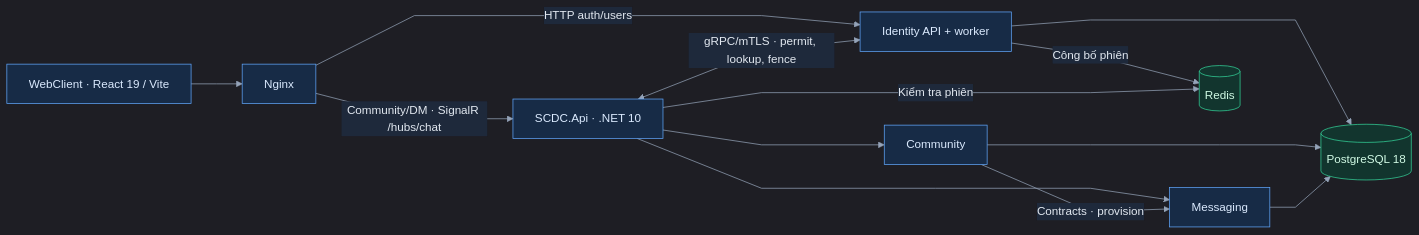
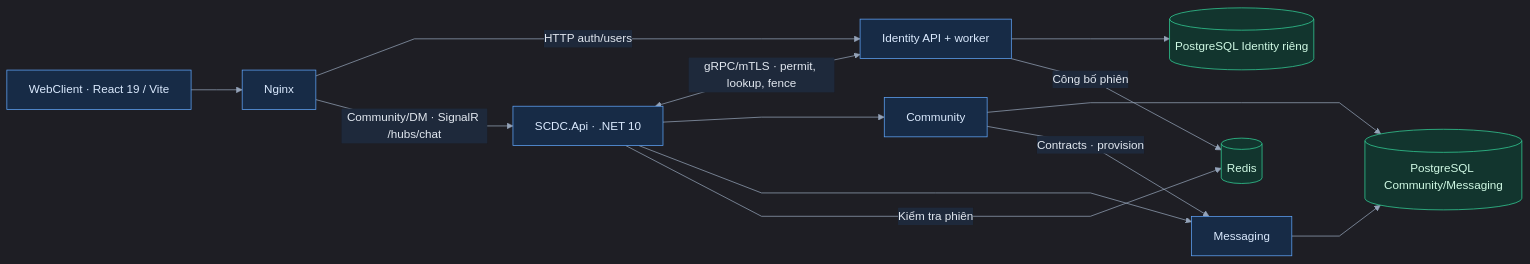
One commit to Chyeonma/scdc changed the first of 3 diagrams in docs/system/architecture.md. Above: the diagram before and after it, drawn with Mermaid. The commit also changed other lines of this file and 43 other files, not shown here.

````diff
--- a/docs/system/architecture.md
+++ b/docs/system/architecture.md
@@ -21,20 +21,20 @@
 ```mermaid
 %%{init: {"flowchart": {"curve": "linear", "nodeSpacing": 45, "rankSpacing": 70}, "theme": "dark", "themeVariables": {"background": "#0f172a", "primaryColor": "#1e293b", "primaryTextColor": "#e2e8f0", "primaryBorderColor": "#64748b", "lineColor": "#94a3b8", "textColor": "#e2e8f0", "edgeLabelBackground": "#1e293b", "clusterBkg": "#141e2e", "clusterBorder": "#475569"}, "themeCSS": "& { background-color: #0f172a; }"}}%%
 flowchart LR
     Web[WebClient · React 19 / Vite] --> Gateway[Nginx]
     Gateway -->|HTTP auth/users| Identity[Identity API + worker]
     Gateway -->|Community/DM · SignalR /hubs/chat| Api[SCDC.Api · .NET 10]
     Api <-->|gRPC/mTLS · permit, lookup, fence| Identity
     Api --> Community[Community]
     Api --> Messaging[Messaging]
-    Identity --> Pg[(PostgreSQL 18)]
-    Community --> Pg
+    Identity --> IdentityPg[(PostgreSQL Identity riêng)]
+    Community --> Pg[(PostgreSQL Community/Messaging)]
     Messaging --> Pg
     Community -->|Contracts · provision| Messaging
     Identity -->|Công bố phiên| Redis[(Redis)]
     Api -->|Kiểm tra phiên| Redis
     classDef app fill:#172b46,stroke:#60a5fa,color:#dbeafe
     classDef data fill:#12352e,stroke:#34d399,color:#d1fae5
     class Web,Gateway,Api,Identity,Community,Messaging app
-    class Pg,Redis data
+    class Pg,IdentityPg,Redis data
 ```
````
